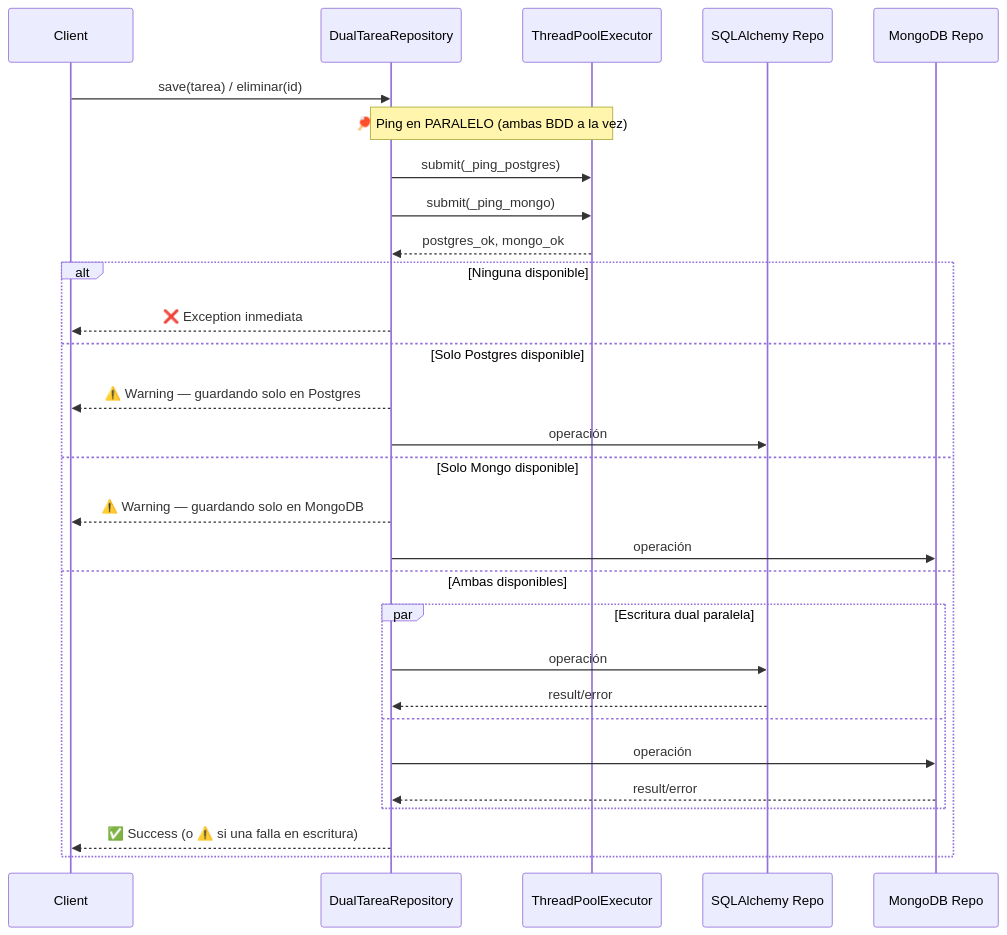
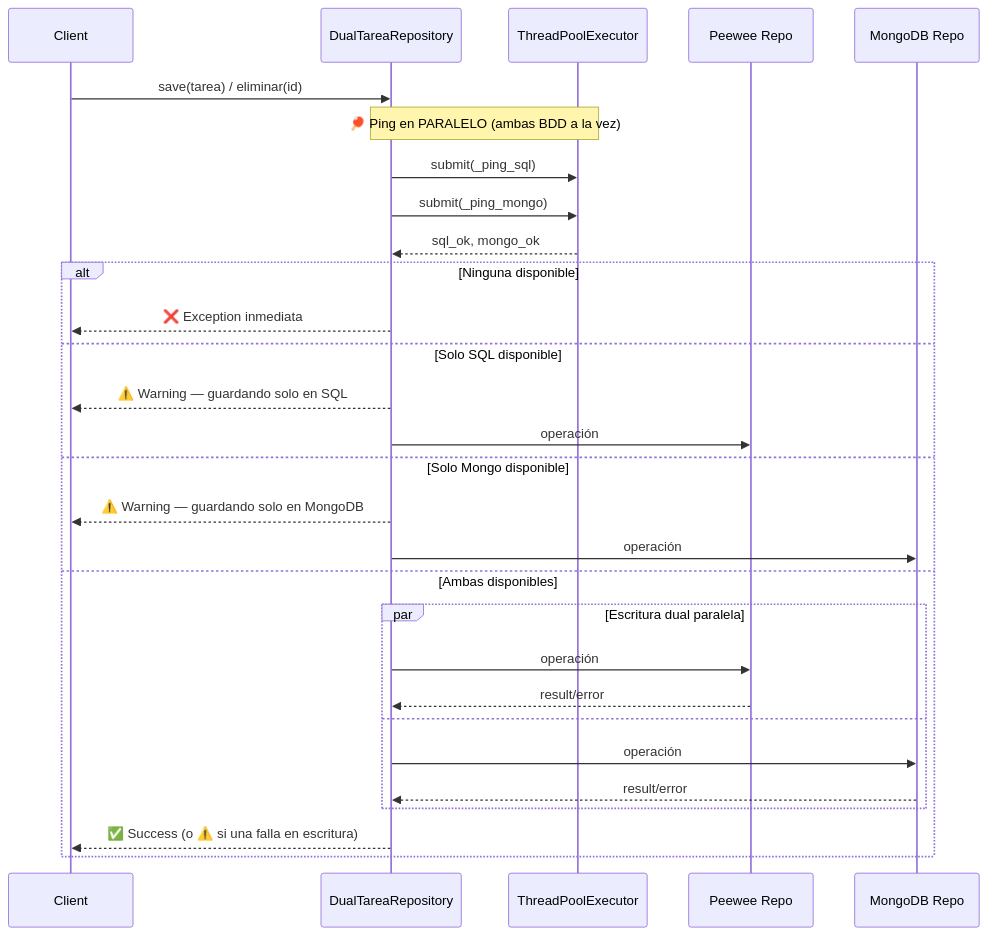
One commit to PabSdev/Arquitectura changed the second of 4 diagrams in infrastructure/dual/README.md. Above: the diagram before and after it, drawn with Mermaid. The commit also changed other lines of this file and 19 other files, not shown here.

First line of the commit message:
Replace SQLAlchemy with Peewee ORM

````diff
--- a/infrastructure/dual/README.md
+++ b/infrastructure/dual/README.md
@@ -75,33 +75,33 @@
 ```mermaid
 sequenceDiagram
     participant Client
     participant DualRepo as DualTareaRepository
     participant Executor as ThreadPoolExecutor
-    participant SQL as SQLAlchemy Repo
+    participant SQL as Peewee Repo
     participant Mongo as MongoDB Repo
 
     Client->>DualRepo: save(tarea) / eliminar(id)
     note over DualRepo,Executor: 🏓 Ping en PARALELO (ambas BDD a la vez)
-    DualRepo->>Executor: submit(_ping_postgres)
+    DualRepo->>Executor: submit(_ping_sql)
     DualRepo->>Executor: submit(_ping_mongo)
-    Executor-->>DualRepo: postgres_ok, mongo_ok
+    Executor-->>DualRepo: sql_ok, mongo_ok
 
     alt Ninguna disponible
         DualRepo-->>Client: ❌ Exception inmediata
-    else Solo Postgres disponible
-        DualRepo-->>Client: ⚠️ Warning — guardando solo en Postgres
+    else Solo SQL disponible
+        DualRepo-->>Client: ⚠️ Warning — guardando solo en SQL
         DualRepo->>SQL: operación
     else Solo Mongo disponible
         DualRepo-->>Client: ⚠️ Warning — guardando solo en MongoDB
         DualRepo->>Mongo: operación
     else Ambas disponibles
         par Escritura dual paralela
             DualRepo->>SQL: operación
             SQL-->>DualRepo: result/error
         and
             DualRepo->>Mongo: operación
             Mongo-->>DualRepo: result/error
         end
         DualRepo-->>Client: ✅ Success (o ⚠️ si una falla en escritura)
     end
 ```
````
